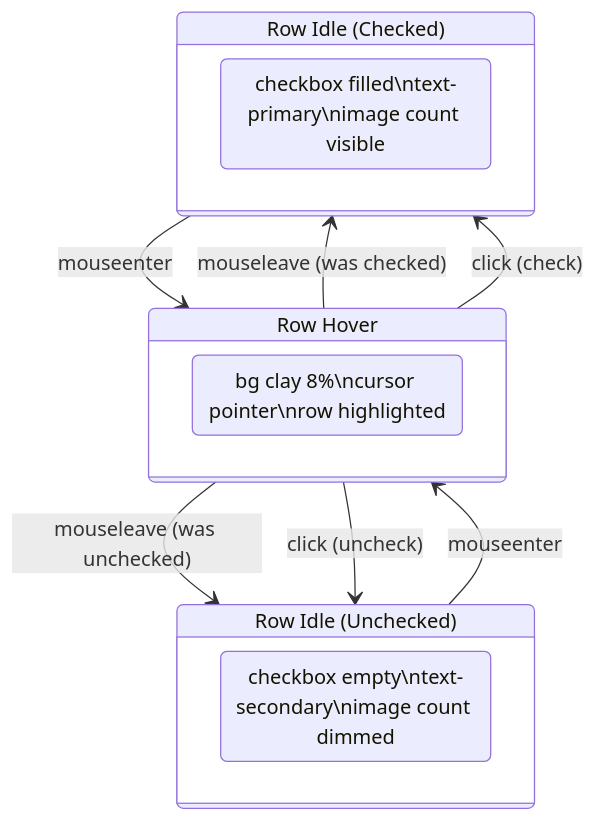
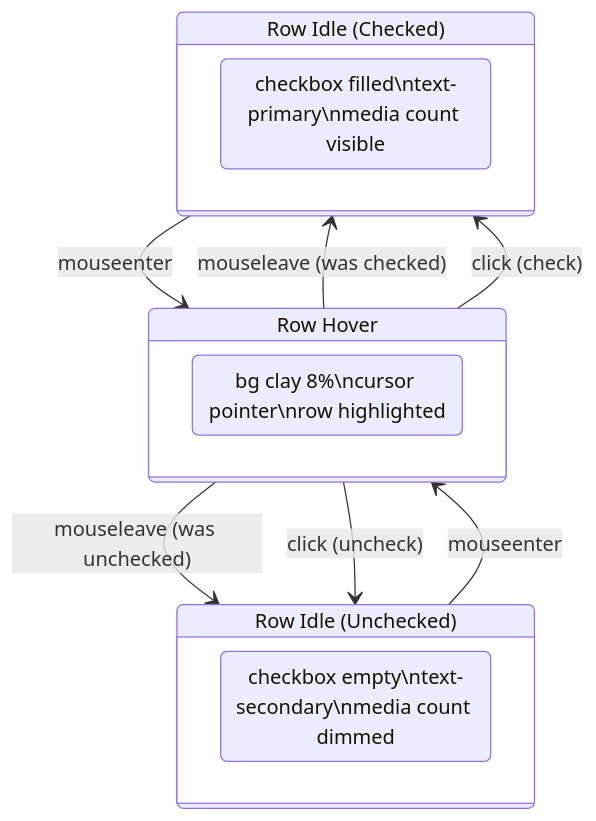
Before and after one commit to matkleve/feldpost: the sixth of 7 diagrams in docs/specs/component/projects-dropdown.md, drawn with Mermaid. The commit also changed other lines of this file and 26 other files, not shown here.

````diff
--- a/docs/specs/component/projects-dropdown.md
+++ b/docs/specs/component/projects-dropdown.md
@@ -223,19 +223,19 @@
 ```mermaid
 stateDiagram-v2
     state "Row Idle (Checked)" as IdleChecked {
-        [*]: checkbox filled\ntext-primary\nimage count visible
+        [*]: checkbox filled\ntext-primary\nmedia count visible
     }
     state "Row Idle (Unchecked)" as IdleUnchecked {
-        [*]: checkbox empty\ntext-secondary\nimage count dimmed
+        [*]: checkbox empty\ntext-secondary\nmedia count dimmed
     }
     state "Row Hover" as Hover {
         [*]: bg clay 8%\ncursor pointer\nrow highlighted
     }
 
     IdleChecked --> Hover: mouseenter
     Hover --> IdleChecked: mouseleave (was checked)
     Hover --> IdleUnchecked: mouseleave (was unchecked)
     IdleUnchecked --> Hover: mouseenter
     Hover --> IdleUnchecked: click (uncheck)
     Hover --> IdleChecked: click (check)
 ```
````
